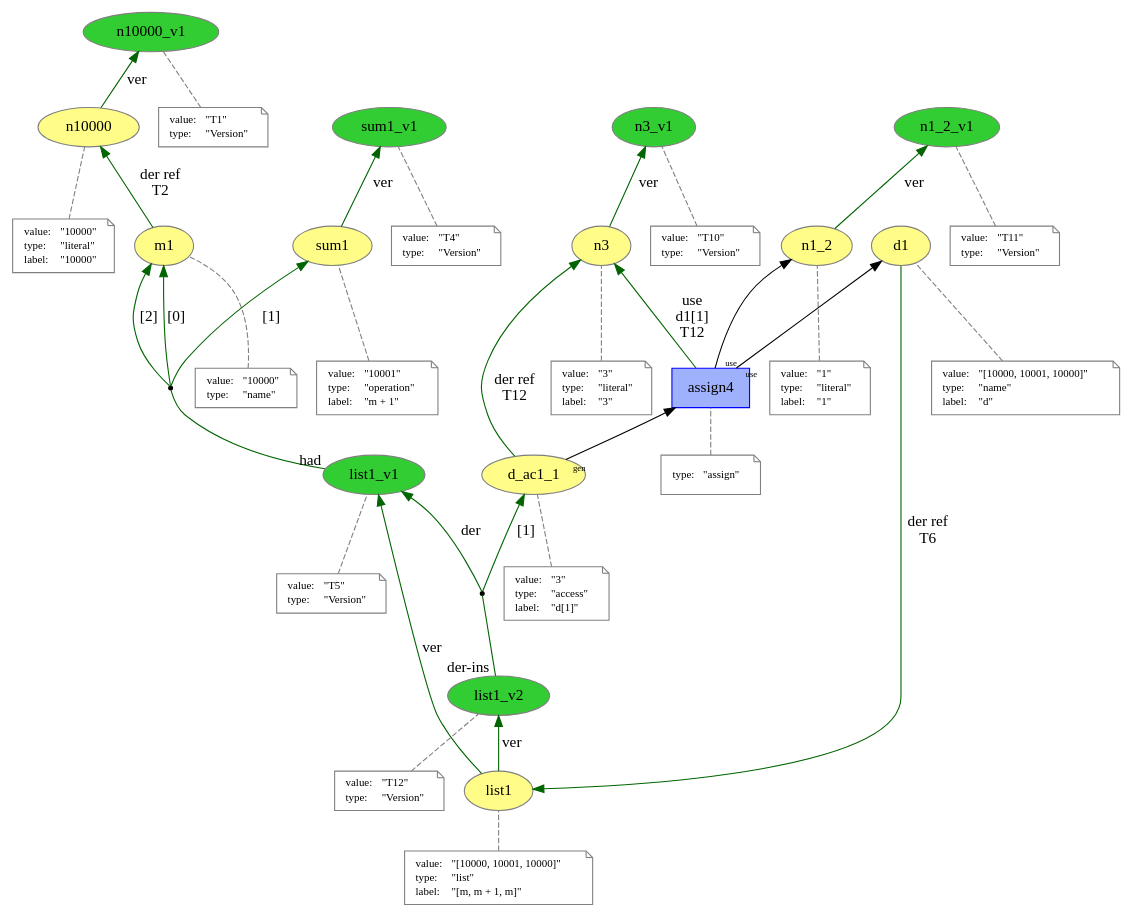
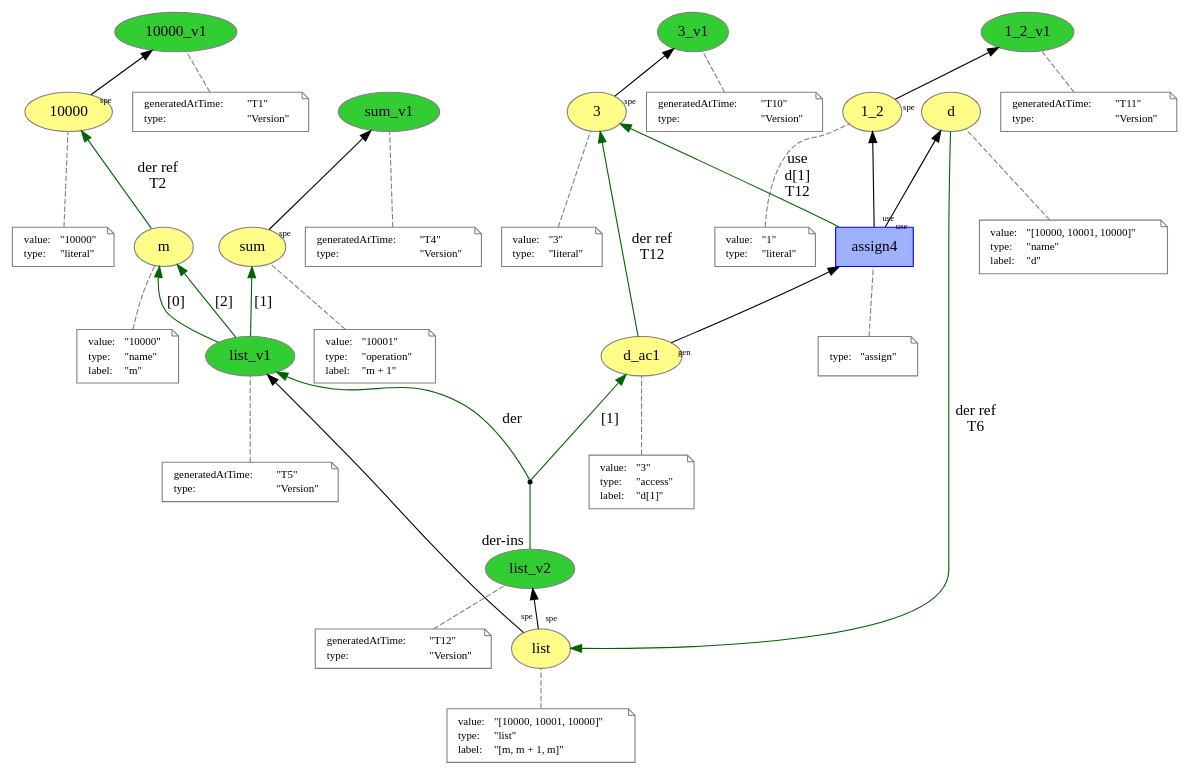
Before and after one commit to dew-uff/versioned-prov: the diagram in explicit_versioned/part_assign.dot, drawn with Graphviz. The commit also changed 53 other files, not shown here.

```diff
--- a/explicit_versioned/part_assign.dot
+++ b/explicit_versioned/part_assign.dot
@@ -1,5 +1,5 @@
 digraph "PROV" { size="16,12"; rankdir="BT";
-"http://example.org/n10000" [fillcolor="#FFFC87",color="#808080",style="filled",label="n10000",URL="http://example.org/n10000"]
+"http://example.org/10000" [fillcolor="#FFFC87",color="#808080",style="filled",label="10000",URL="http://example.org/10000"]
 "-attrs0" [color="gray",shape="note",fontsize="10",fontcolor="black",label=<<TABLE cellpadding="0" border="0">
 	<TR>
 	    <TD align="left">value:</TD>
@@ -9,16 +9,12 @@
 	    <TD align="left">type:</TD>
 	    <TD align="left">&quot;literal&quot;</TD>
 	</TR>
-	<TR>
-	    <TD align="left">label:</TD>
-	    <TD align="left">&quot;10000&quot;</TD>
-	</TR>
 </TABLE>>]
-"-attrs0" -> "http://example.org/n10000" [color="gray",style="dashed",arrowhead="none"]
-"http://example.org/n10000_v1" [fillcolor="#32CD32",color="#808080",style="filled",label="n10000_v1",URL="http://example.org/n10000_v1"]
+"-attrs0" -> "http://example.org/10000" [color="gray",style="dashed",arrowhead="none"]
+"http://example.org/10000_v1" [fillcolor="#32CD32",color="#808080",style="filled",label="10000_v1",URL="http://example.org/10000_v1"]
 "-attrs1" [color="gray",shape="note",fontsize="10",fontcolor="black",label=<<TABLE cellpadding="0" border="0">
 	<TR>
-	    <TD align="left">value:</TD>
+	    <TD align="left">generatedAtTime:</TD>
 	    <TD align="left">&quot;T1&quot;</TD>
 	</TR>
 	<TR>
@@ -26,9 +22,9 @@
 	    <TD align="left">&quot;Version&quot;</TD>
 	</TR>
 </TABLE>>]
-"-attrs1" -> "http://example.org/n10000_v1" [color="gray",style="dashed",arrowhead="none"]
-"http://example.org/n10000" -> "http://example.org/n10000_v1" [labelfontsize="8",labeldistance="1.5",color="darkgreen",labelangle="60.0",rotation="20",label="ver"]
-"http://example.org/m1" [fillcolor="#FFFC87",color="#808080",style="filled",label="m1",URL="http://example.org/m1"]
+"-attrs1" -> "http://example.org/10000_v1" [color="gray",style="dashed",arrowhead="none"]
+"http://example.org/10000" -> "http://example.org/10000_v1" [labelfontsize="8",labeldistance="1.5",labelangle="60.0",rotation="20",taillabel="spe"]
+"http://example.org/m" [fillcolor="#FFFC87",color="#808080",style="filled",label="m",URL="http://example.org/m"]
 "-attrs2" [color="gray",shape="note",fontsize="10",fontcolor="black",label=<<TABLE cellpadding="0" border="0">
 	<TR>
 	    <TD align="left">value:</TD>
@@ -38,11 +34,15 @@
 	    <TD align="left">type:</TD>
 	    <TD align="left">&quot;name&quot;</TD>
 	</TR>
+	<TR>
+	    <TD align="left">label:</TD>
+	    <TD align="left">&quot;m&quot;</TD>
+	</TR>
 </TABLE>>]
-"-attrs2" -> "http://example.org/m1" [color="gray",style="dashed",arrowhead="none"]
-"http://example.org/m1" -> "http://example.org/n10000" [labelfontsize="8",labeldistance="1.5",color="darkgreen",labelangle="60.0",rotation="20",label="der ref
+"-attrs2" -> "http://example.org/m" [color="gray",style="dashed",arrowhead="none"]
+"http://example.org/m" -> "http://example.org/10000" [labelfontsize="8",labeldistance="1.5",color="darkgreen",labelangle="60.0",rotation="20",label="der ref
 T2"]
-"http://example.org/sum1" [fillcolor="#FFFC87",color="#808080",style="filled",label="sum1",URL="http://example.org/sum1"]
+"http://example.org/sum" [fillcolor="#FFFC87",color="#808080",style="filled",label="sum",URL="http://example.org/sum"]
 "-attrs3" [color="gray",shape="note",fontsize="10",fontcolor="black",label=<<TABLE cellpadding="0" border="0">
 	<TR>
 	    <TD align="left">value:</TD>
@@ -57,11 +57,11 @@
 	    <TD align="left">&quot;m + 1&quot;</TD>
 	</TR>
 </TABLE>>]
-"-attrs3" -> "http://example.org/sum1" [color="gray",style="dashed",arrowhead="none"]
-"http://example.org/sum1_v1" [fillcolor="#32CD32",color="#808080",style="filled",label="sum1_v1",URL="http://example.org/sum1_v1"]
+"-attrs3" -> "http://example.org/sum" [color="gray",style="dashed",arrowhead="none"]
+"http://example.org/sum_v1" [fillcolor="#32CD32",color="#808080",style="filled",label="sum_v1",URL="http://example.org/sum_v1"]
 "-attrs4" [color="gray",shape="note",fontsize="10",fontcolor="black",label=<<TABLE cellpadding="0" border="0">
 	<TR>
-	    <TD align="left">value:</TD>
+	    <TD align="left">generatedAtTime:</TD>
 	    <TD align="left">&quot;T4&quot;</TD>
 	</TR>
 	<TR>
@@ -69,9 +69,9 @@
 	    <TD align="left">&quot;Version&quot;</TD>
 	</TR>
 </TABLE>>]
-"-attrs4" -> "http://example.org/sum1_v1" [color="gray",style="dashed",arrowhead="none"]
-"http://example.org/sum1" -> "http://example.org/sum1_v1" [labelfontsize="8",labeldistance="1.5",color="darkgreen",labelangle="60.0",rotation="20",label="ver"]
-"http://example.org/list1" [fillcolor="#FFFC87",color="#808080",style="filled",label="list1",URL="http://example.org/list1"]
+"-attrs4" -> "http://example.org/sum_v1" [color="gray",style="dashed",arrowhead="none"]
+"http://example.org/sum" -> "http://example.org/sum_v1" [labelfontsize="8",labeldistance="1.5",labelangle="60.0",rotation="20",taillabel="spe"]
+"http://example.org/list" [fillcolor="#FFFC87",color="#808080",style="filled",label="list",URL="http://example.org/list"]
 "-attrs5" [color="gray",shape="note",fontsize="10",fontcolor="black",label=<<TABLE cellpadding="0" border="0">
 	<TR>
 	    <TD align="left">value:</TD>
@@ -86,11 +86,11 @@
 	    <TD align="left">&quot;[m, m + 1, m]&quot;</TD>
 	</TR>
 </TABLE>>]
-"-attrs5" -> "http://example.org/list1" [color="gray",style="dashed",arrowhead="none"]
-"http://example.org/list1_v1" [fillcolor="#32CD32",color="#808080",style="filled",label="list1_v1",URL="http://example.org/list1_v1"]
+"-attrs5" -> "http://example.org/list" [color="gray",style="dashed",arrowhead="none"]
+"http://example.org/list_v1" [fillcolor="#32CD32",color="#808080",style="filled",label="list_v1",URL="http://example.org/list_v1"]
 "-attrs6" [color="gray",shape="note",fontsize="10",fontcolor="black",label=<<TABLE cellpadding="0" border="0">
 	<TR>
-	    <TD align="left">value:</TD>
+	    <TD align="left">generatedAtTime:</TD>
 	    <TD align="left">&quot;T5&quot;</TD>
 	</TR>
 	<TR>
@@ -98,14 +98,12 @@
 	    <TD align="left">&quot;Version&quot;</TD>
 	</TR>
 </TABLE>>]
-"-attrs6" -> "http://example.org/list1_v1" [color="gray",style="dashed",arrowhead="none"]
-"http://example.org/list1" -> "http://example.org/list1_v1" [labelfontsize="8",labeldistance="1.5",color="darkgreen",labelangle="60.0",rotation="20",label="ver"]
-"bn0" [shape="point",label=""]
-"http://example.org/list1_v1" -> "bn0" [arrowhead="none",taillabel="had",color="darkgreen"]
-"bn0" -> "http://example.org/m1" [labelfontsize="8",labeldistance="1.5",color="darkgreen",labelangle="60.0",rotation="20",label="[0]"]
-"bn0" -> "http://example.org/sum1" [labelfontsize="8",labeldistance="1.5",color="darkgreen",labelangle="60.0",rotation="20",label="[1]"]
-"bn0" -> "http://example.org/m1" [labelfontsize="8",labeldistance="1.5",color="darkgreen",labelangle="60.0",rotation="20",label="[2]"]
-"http://example.org/d1" [fillcolor="#FFFC87",color="#808080",style="filled",label="d1",URL="http://example.org/d1"]
+"-attrs6" -> "http://example.org/list_v1" [color="gray",style="dashed",arrowhead="none"]
+"http://example.org/list" -> "http://example.org/list_v1" [labelfontsize="8",labeldistance="1.5",labelangle="60.0",rotation="20",taillabel="spe"]
+"http://example.org/list_v1" -> "http://example.org/m" [labelfontsize="8",labeldistance="1.5",color="darkgreen",labelangle="60.0",rotation="20",label="[0]"]
+"http://example.org/list_v1" -> "http://example.org/sum" [labelfontsize="8",labeldistance="1.5",color="darkgreen",labelangle="60.0",rotation="20",label="[1]"]
+"http://example.org/list_v1" -> "http://example.org/m" [labelfontsize="8",labeldistance="1.5",color="darkgreen",labelangle="60.0",rotation="20",label="[2]"]
+"http://example.org/d" [fillcolor="#FFFC87",color="#808080",style="filled",label="d",URL="http://example.org/d"]
 "-attrs7" [color="gray",shape="note",fontsize="10",fontcolor="black",label=<<TABLE cellpadding="0" border="0">
 	<TR>
 	    <TD align="left">value:</TD>
@@ -120,10 +118,10 @@
 	    <TD align="left">&quot;d&quot;</TD>
 	</TR>
 </TABLE>>]
-"-attrs7" -> "http://example.org/d1" [color="gray",style="dashed",arrowhead="none"]
-"http://example.org/d1" -> "http://example.org/list1" [labelfontsize="8",labeldistance="1.5",color="darkgreen",labelangle="60.0",rotation="20",label="der ref
+"-attrs7" -> "http://example.org/d" [color="gray",style="dashed",arrowhead="none"]
+"http://example.org/d" -> "http://example.org/list" [labelfontsize="8",labeldistance="1.5",color="darkgreen",labelangle="60.0",rotation="20",label="der ref
 T6"]
-"http://example.org/n3" [fillcolor="#FFFC87",color="#808080",style="filled",label="n3",URL="http://example.org/n3"]
+"http://example.org/3" [fillcolor="#FFFC87",color="#808080",style="filled",label="3",URL="http://example.org/3"]
 "-attrs8" [color="gray",shape="note",fontsize="10",fontcolor="black",label=<<TABLE cellpadding="0" border="0">
 	<TR>
 	    <TD align="left">value:</TD>
@@ -133,16 +131,12 @@
 	    <TD align="left">type:</TD>
 	    <TD align="left">&quot;literal&quot;</TD>
 	</TR>
-	<TR>
-	    <TD align="left">label:</TD>
-	    <TD align="left">&quot;3&quot;</TD>
-	</TR>
 </TABLE>>]
-"-attrs8" -> "http://example.org/n3" [color="gray",style="dashed",arrowhead="none"]
-"http://example.org/n3_v1" [fillcolor="#32CD32",color="#808080",style="filled",label="n3_v1",URL="http://example.org/n3_v1"]
+"-attrs8" -> "http://example.org/3" [color="gray",style="dashed",arrowhead="none"]
+"http://example.org/3_v1" [fillcolor="#32CD32",color="#808080",style="filled",label="3_v1",URL="http://example.org/3_v1"]
 "-attrs9" [color="gray",shape="note",fontsize="10",fontcolor="black",label=<<TABLE cellpadding="0" border="0">
 	<TR>
-	    <TD align="left">value:</TD>
+	    <TD align="left">generatedAtTime:</TD>
 	    <TD align="left">&quot;T10&quot;</TD>
 	</TR>
 	<TR>
@@ -150,9 +144,9 @@
 	    <TD align="left">&quot;Version&quot;</TD>
 	</TR>
 </TABLE>>]
-"-attrs9" -> "http://example.org/n3_v1" [color="gray",style="dashed",arrowhead="none"]
-"http://example.org/n3" -> "http://example.org/n3_v1" [labelfontsize="8",labeldistance="1.5",color="darkgreen",labelangle="60.0",rotation="20",label="ver"]
-"http://example.org/n1_2" [fillcolor="#FFFC87",color="#808080",style="filled",label="n1_2",URL="http://example.org/n1_2"]
+"-attrs9" -> "http://example.org/3_v1" [color="gray",style="dashed",arrowhead="none"]
+"http://example.org/3" -> "http://example.org/3_v1" [labelfontsize="8",labeldistance="1.5",labelangle="60.0",rotation="20",taillabel="spe"]
+"http://example.org/1_2" [fillcolor="#FFFC87",color="#808080",style="filled",label="1_2",URL="http://example.org/1_2"]
 "-attrs10" [color="gray",shape="note",fontsize="10",fontcolor="black",label=<<TABLE cellpadding="0" border="0">
 	<TR>
 	    <TD align="left">value:</TD>
@@ -162,16 +156,12 @@
 	    <TD align="left">type:</TD>
 	    <TD align="left">&quot;literal&quot;</TD>
 	</TR>
-	<TR>
-	    <TD align="left">label:</TD>
-	    <TD align="left">&quot;1&quot;</TD>
-	</TR>
 </TABLE>>]
-"-attrs10" -> "http://example.org/n1_2" [color="gray",style="dashed",arrowhead="none"]
-"http://example.org/n1_2_v1" [fillcolor="#32CD32",color="#808080",style="filled",label="n1_2_v1",URL="http://example.org/n1_2_v1"]
+"-attrs10" -> "http://example.org/1_2" [color="gray",style="dashed",arrowhead="none"]
+"http://example.org/1_2_v1" [fillcolor="#32CD32",color="#808080",style="filled",label="1_2_v1",URL="http://example.org/1_2_v1"]
 "-attrs11" [color="gray",shape="note",fontsize="10",fontcolor="black",label=<<TABLE cellpadding="0" border="0">
 	<TR>
-	    <TD align="left">value:</TD>
+	    <TD align="left">generatedAtTime:</TD>
 	    <TD align="left">&quot;T11&quot;</TD>
 	</TR>
 	<TR>
@@ -179,9 +169,9 @@
 	    <TD align="left">&quot;Version&quot;</TD>
 	</TR>
 </TABLE>>]
-"-attrs11" -> "http://example.org/n1_2_v1" [color="gray",style="dashed",arrowhead="none"]
-"http://example.org/n1_2" -> "http://example.org/n1_2_v1" [labelfontsize="8",labeldistance="1.5",color="darkgreen",labelangle="60.0",rotation="20",label="ver"]
-"http://example.org/d_ac1_1" [fillcolor="#FFFC87",color="#808080",style="filled",label="d_ac1_1",URL="http://example.org/d_ac1_1"]
+"-attrs11" -> "http://example.org/1_2_v1" [color="gray",style="dashed",arrowhead="none"]
+"http://example.org/1_2" -> "http://example.org/1_2_v1" [labelfontsize="8",labeldistance="1.5",labelangle="60.0",rotation="20",taillabel="spe"]
+"http://example.org/d_ac1" [fillcolor="#FFFC87",color="#808080",style="filled",label="d_ac1",URL="http://example.org/d_ac1"]
 "-attrs12" [color="gray",shape="note",fontsize="10",fontcolor="black",label=<<TABLE cellpadding="0" border="0">
 	<TR>
 	    <TD align="left">value:</TD>
@@ -196,11 +186,11 @@
 	    <TD align="left">&quot;d[1]&quot;</TD>
 	</TR>
 </TABLE>>]
-"-attrs12" -> "http://example.org/d_ac1_1" [color="gray",style="dashed",arrowhead="none"]
-"http://example.org/list1_v2" [fillcolor="#32CD32",color="#808080",style="filled",label="list1_v2",URL="http://example.org/list1_v2"]
+"-attrs12" -> "http://example.org/d_ac1" [color="gray",style="dashed",arrowhead="none"]
+"http://example.org/list_v2" [fillcolor="#32CD32",color="#808080",style="filled",label="list_v2",URL="http://example.org/list_v2"]
 "-attrs13" [color="gray",shape="note",fontsize="10",fontcolor="black",label=<<TABLE cellpadding="0" border="0">
 	<TR>
-	    <TD align="left">value:</TD>
+	    <TD align="left">generatedAtTime:</TD>
 	    <TD align="left">&quot;T12&quot;</TD>
 	</TR>
 	<TR>
@@ -208,12 +198,12 @@
 	    <TD align="left">&quot;Version&quot;</TD>
 	</TR>
 </TABLE>>]
-"-attrs13" -> "http://example.org/list1_v2" [color="gray",style="dashed",arrowhead="none"]
-"bn1" [shape="point",label=""]
-"http://example.org/list1_v2" -> "bn1" [arrowhead="none",taillabel="der-ins",color="darkgreen"]
-"bn1" -> "http://example.org/list1_v1" [labelfontsize="8",labeldistance="1.5",color="darkgreen",labelangle="60.0",rotation="20",label="der"]
-"bn1" -> "http://example.org/d_ac1_1" [labelfontsize="8",labeldistance="1.5",color="darkgreen",labelangle="60.0",rotation="20",label="[1]"]
-"http://example.org/list1" -> "http://example.org/list1_v2" [labelfontsize="8",labeldistance="1.5",color="darkgreen",labelangle="60.0",rotation="20",label="ver"]
+"-attrs13" -> "http://example.org/list_v2" [color="gray",style="dashed",arrowhead="none"]
+"bn0" [shape="point",label=""]
+"http://example.org/list_v2" -> "bn0" [arrowhead="none",taillabel="der-ins",color="darkgreen"]
+"bn0" -> "http://example.org/list_v1" [labelfontsize="8",labeldistance="1.5",color="darkgreen",labelangle="60.0",rotation="20",label="der"]
+"bn0" -> "http://example.org/d_ac1" [labelfontsize="8",labeldistance="1.5",color="darkgreen",labelangle="60.0",rotation="20",label="[1]"]
+"http://example.org/list" -> "http://example.org/list_v2" [labelfontsize="8",labeldistance="1.5",labelangle="60.0",rotation="20",taillabel="spe"]
 "http://example.org/assign4" [fillcolor="#9FB1FC",color="#0000FF",shape="polygon",sides="4",style="filled",label="assign4",URL="http://example.org/assign4"]
 "-attrs14" [color="gray",shape="note",fontsize="10",fontcolor="black",label=<<TABLE cellpadding="0" border="0">
 	<TR>
@@ -222,12 +212,12 @@
 	</TR>
 </TABLE>>]
 "-attrs14" -> "http://example.org/assign4" [color="gray",style="dashed",arrowhead="none"]
-"http://example.org/assign4" -> "http://example.org/d1" [labelfontsize="8",labeldistance="1.5",labelangle="60.0",rotation="20",taillabel="use"]
-"http://example.org/assign4" -> "http://example.org/n1_2" [labelfontsize="8",labeldistance="1.5",labelangle="60.0",rotation="20",taillabel="use"]
-"http://example.org/assign4" -> "http://example.org/n3" [labelfontsize="8",labeldistance="1.5",color="darkgreen",labelangle="60.0",rotation="20",label="use
-d1[1]
+"http://example.org/assign4" -> "http://example.org/d" [labelfontsize="8",labeldistance="1.5",labelangle="60.0",rotation="20",taillabel="use"]
+"http://example.org/assign4" -> "http://example.org/1_2" [labelfontsize="8",labeldistance="1.5",labelangle="60.0",rotation="20",taillabel="use"]
+"http://example.org/assign4" -> "http://example.org/3" [labelfontsize="8",labeldistance="1.5",color="darkgreen",labelangle="60.0",rotation="20",label="use
+d[1]
 T12"]
-"http://example.org/d_ac1_1" -> "http://example.org/assign4" [labelfontsize="8",labeldistance="1.5",labelangle="60.0",rotation="20",taillabel="gen"]
-"http://example.org/d_ac1_1" -> "http://example.org/n3" [labelfontsize="8",labeldistance="1.5",color="darkgreen",labelangle="60.0",rotation="20",label="der ref
+"http://example.org/d_ac1" -> "http://example.org/assign4" [labelfontsize="8",labeldistance="1.5",labelangle="60.0",rotation="20",taillabel="gen"]
+"http://example.org/d_ac1" -> "http://example.org/3" [labelfontsize="8",labeldistance="1.5",color="darkgreen",labelangle="60.0",rotation="20",label="der ref
 T12"]
 }
```
